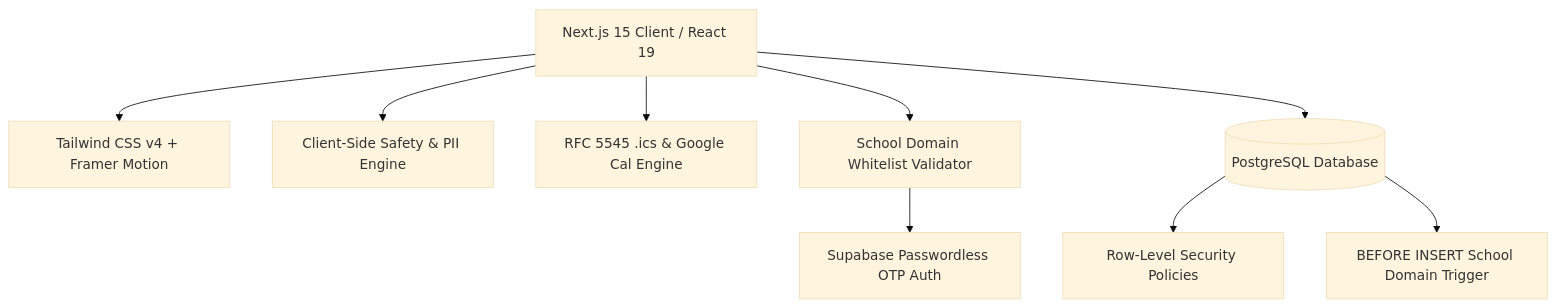
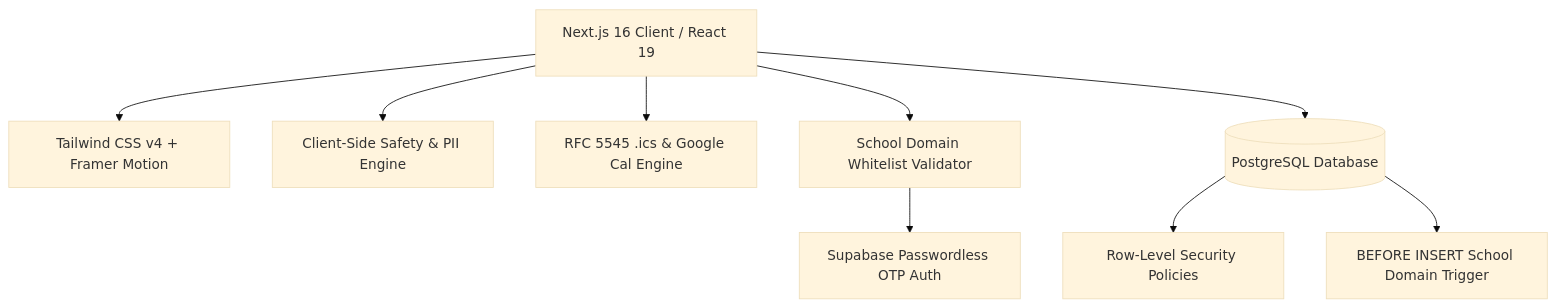
Before and after one commit to amgaagantulga388-create/Kantoprep: the diagram in README.md, drawn with Mermaid (base theme). The commit also changed other lines of this file and 1 other file, not shown here.

````diff
--- a/README.md
+++ b/README.md
@@ -50,11 +62,11 @@
 ```mermaid
 graph TD
-    Client[Next.js 15 Client / React 19] --> Styling[Tailwind CSS v4 + Framer Motion]
+    Client[Next.js 16 Client / React 19] --> Styling[Tailwind CSS v4 + Framer Motion]
     Client --> Security[Client-Side Safety & PII Engine]
     Client --> Calendar[RFC 5545 .ics & Google Cal Engine]
     Client --> Gate[School Domain Whitelist Validator]
     Gate --> SupabaseAuth[Supabase Passwordless OTP Auth]
     Client --> SupabaseDB[(PostgreSQL Database)]
     SupabaseDB --> RLS[Row-Level Security Policies]
     SupabaseDB --> Trigger[BEFORE INSERT School Domain Trigger]
 ```
````
